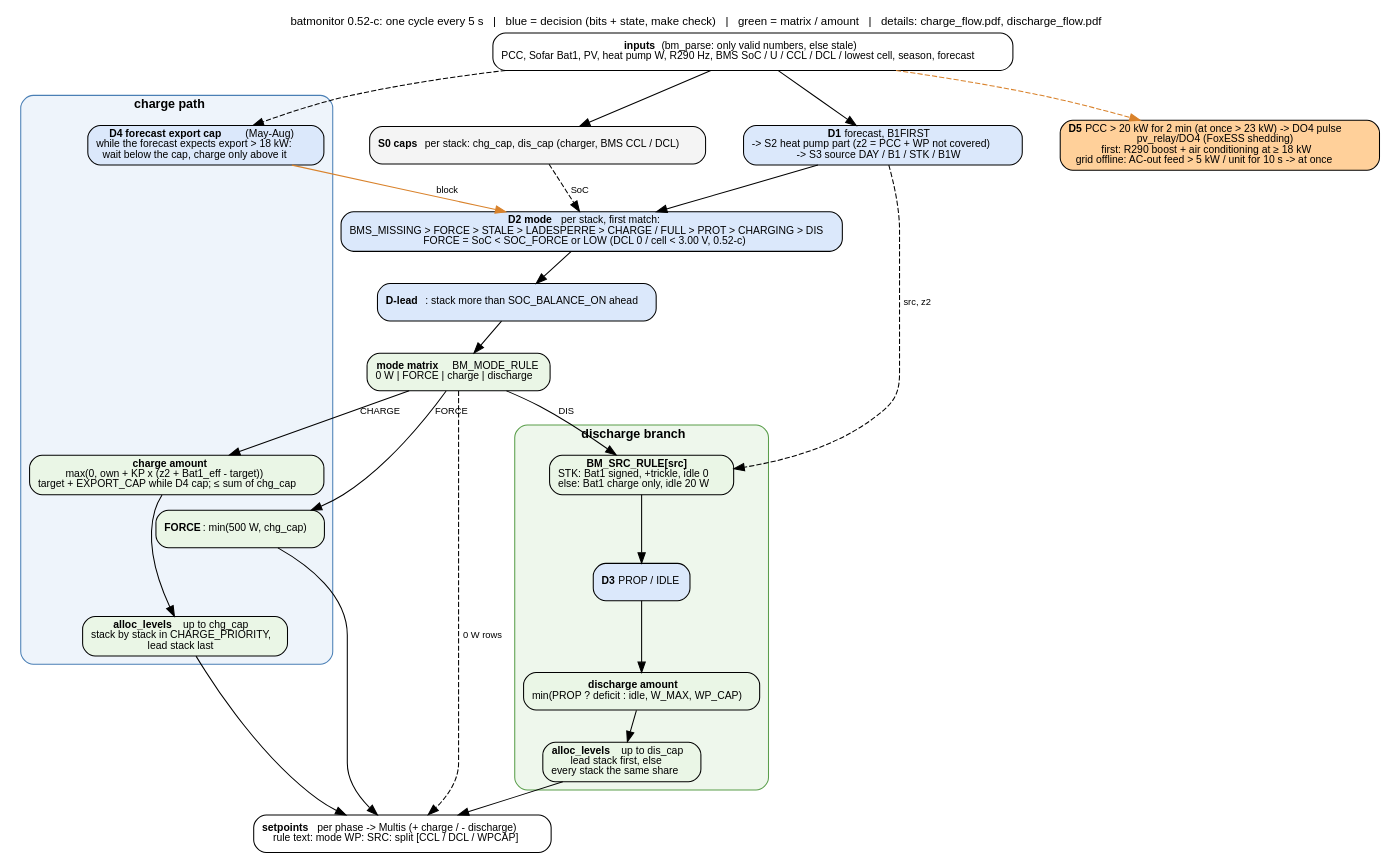
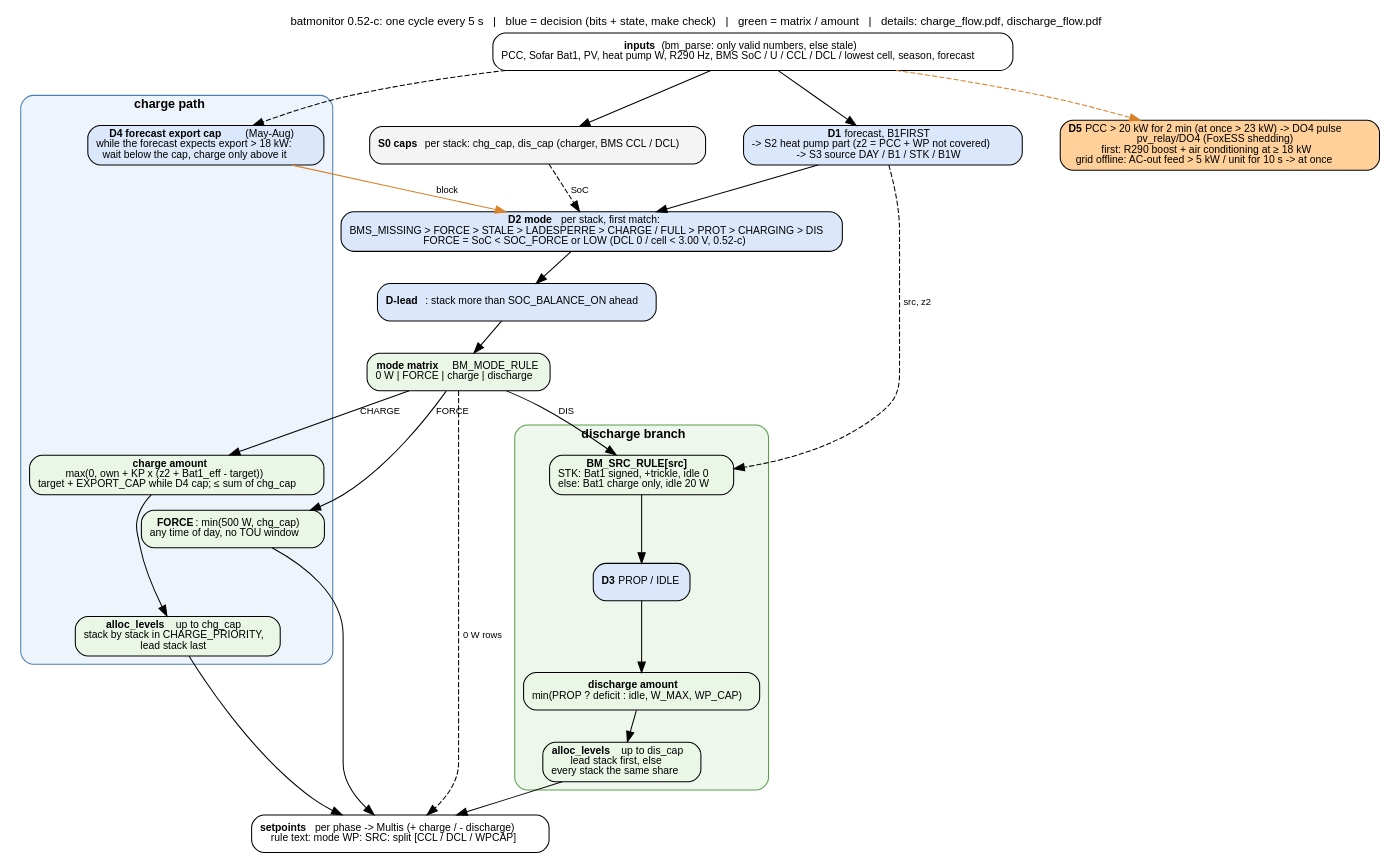
One commit to gerontec/victron changed the diagram in docs/control_flow.dot. Above: the diagram before and after it, drawn with Graphviz. The commit also changed 7 other files, not shown here.

First line of the commit message:
dbus-ebox-battery 1.4: forced grid charge (ChargeRequest) at any time, the 11-13 h window removed; charts redrawn

```diff
--- a/docs/control_flow.dot
+++ b/docs/control_flow.dot
@@ -1,54 +1,54 @@
 // batmonitor 0.49-c: overview of one cycle - a common trunk, then one charge path and one discharge branch.
 // Details: charge_flow.pdf (charge path, peak window) and discharge_flow.pdf (discharge matrix, CBMC coverage).
 // render: dot -Tpdf control_flow.dot -o control_flow.pdf   (or -Tpng)
 digraph control {
 	graph [rankdir=TB, fontname="Helvetica", fontsize=11, nodesep=0.5, ranksep=0.4, newrank=true,
 		   label="batmonitor 0.52-c: one cycle every 5 s   |   blue = decision (bits + state, make check)   |   green = matrix / amount   |   details: charge_flow.pdf, discharge_flow.pdf",
 		   labelloc=t];
 	node [shape=box, style="rounded,filled", fillcolor="#f4f4f4", fontname="Helvetica", fontsize=10];
 	edge [fontname="Helvetica", fontsize=9];
 
 	in [label=<<b>inputs</b> (bm_parse: only valid numbers, else stale)<br/>PCC, Sofar Bat1, PV, heat pump W, R290 Hz, BMS SoC / U / CCL / DCL / lowest cell, season, forecast>, fillcolor="#ffffff"];
 	d1 [label=<<b>D1</b> forecast, B1FIRST<br/>-&gt; S2 heat pump part (z2 = PCC + WP not covered)<br/>-&gt; S3 source DAY / B1 / STK / B1W>, fillcolor="#dbe8fb"];
 	gates [label=<<b>S0 caps</b> per stack: chg_cap, dis_cap (charger, BMS CCL / DCL)>];
 	d2 [label=<<b>D2 mode</b> per stack, first match:<br/>BMS_MISSING &gt; FORCE &gt; STALE &gt; LADESPERRE &gt; CHARGE / FULL &gt; PROT &gt; CHARGING &gt; DIS<br/>FORCE = SoC &lt; SOC_FORCE or LOW (DCL 0 / cell &lt; 3.00 V, 0.52-c)>, fillcolor="#dbe8fb"];
 	lead [label=<<b>D-lead</b>: stack more than SOC_BALANCE_ON ahead>, fillcolor="#dbe8fb"];
 	mode [label=<<b>mode matrix</b> BM_MODE_RULE<br/>0 W | FORCE | charge | discharge>, fillcolor="#eaf6e6", shape=box];
 
 	subgraph cluster_charge {
 		label=<<b>charge path</b>>; style="rounded,filled"; fillcolor="#eef4fb"; color="#4a7fb5"; fontsize=12;
 		d4 [label=<<b>D4 forecast export cap</b> (May-Aug)<br/>while the forecast expects export &gt; 18 kW:<br/>wait below the cap, charge only above it>, fillcolor="#dbe8fb"];
-		cforce [label=<<b>FORCE</b>: min(500 W, chg_cap)>, fillcolor="#eaf6e6"];
+		cforce [label=<<b>FORCE</b>: min(500 W, chg_cap)<br/>any time of day, no TOU window>, fillcolor="#eaf6e6"];
 		camount [label=<<b>charge amount</b><br/>max(0, own + KP x (z2 + Bat1_eff - target))<br/>target + EXPORT_CAP while D4 cap; &le; sum of chg_cap>, fillcolor="#eaf6e6"];
 		csplit [label=<<b>alloc_levels</b> up to chg_cap<br/>stack by stack in CHARGE_PRIORITY,<br/>lead stack last>, fillcolor="#eaf6e6"];
 		camount -> csplit;
 	}
 
 	subgraph cluster_dis {
 		label=<<b>discharge branch</b>>; style="rounded,filled"; fillcolor="#eef7ec"; color="#5a9e4b"; fontsize=12;
 		src [label=<<b>BM_SRC_RULE[src]</b><br/>STK: Bat1 signed, +trickle, idle 0<br/>else: Bat1 charge only, idle 20 W>, fillcolor="#eaf6e6"];
 		d3 [label=<<b>D3</b> PROP / IDLE>, fillcolor="#dbe8fb"];
 		damount [label=<<b>discharge amount</b><br/>min(PROP ? deficit : idle, W_MAX, WP_CAP)>, fillcolor="#eaf6e6"];
 		dsplit [label=<<b>alloc_levels</b> up to dis_cap<br/>lead stack first, else<br/>every stack the same share>, fillcolor="#eaf6e6"];
 		src -> d3 -> damount -> dsplit;
 	}
 
 	d5 [label=<<b>D5</b> PCC &gt; 20 kW for 2 min (at once &gt; 23 kW) -&gt; DO4 pulse<br/>pv_relay/DO4 (FoxESS shedding)<br/>first: R290 boost + air conditioning at &ge; 18 kW<br/>grid offline: AC-out feed &gt; 5 kW / unit for 10 s -&gt; at once>, fillcolor="#ffd09a"];
 	out [label=<<b>setpoints</b> per phase -&gt; Multis (+ charge / - discharge)<br/>rule text: mode WP: SRC: split [CCL / DCL / WPCAP]>, fillcolor="#ffffff"];
 
 	in -> d1 -> d2;
 	in -> gates;
 	gates -> d2 [style=dashed, label=" SoC"];
 	d2 -> lead -> mode;
 	mode -> cforce [label=" FORCE"];
 	mode -> camount [label=" CHARGE"];
 	mode -> src [label=" DIS"];
 	mode -> out [label=" 0 W rows", style=dashed];
 	d4 -> d2 [color="#d9822b", label=" block"];
 	in -> d4 [style=dashed];
 	in -> d5 [style=dashed, color="#d9822b"];
 	d1 -> src [style=dashed, label=" src, z2"];
 	cforce -> out;
 	csplit -> out;
 	dsplit -> out;
 }
```
